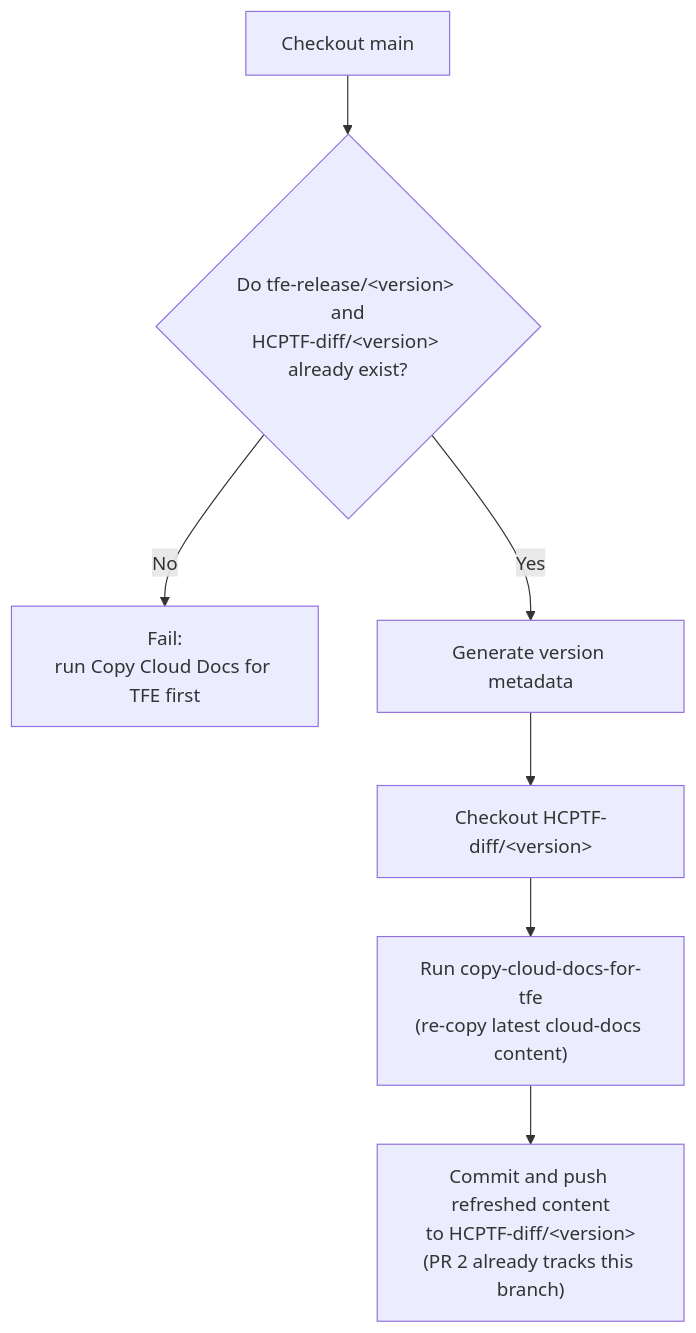
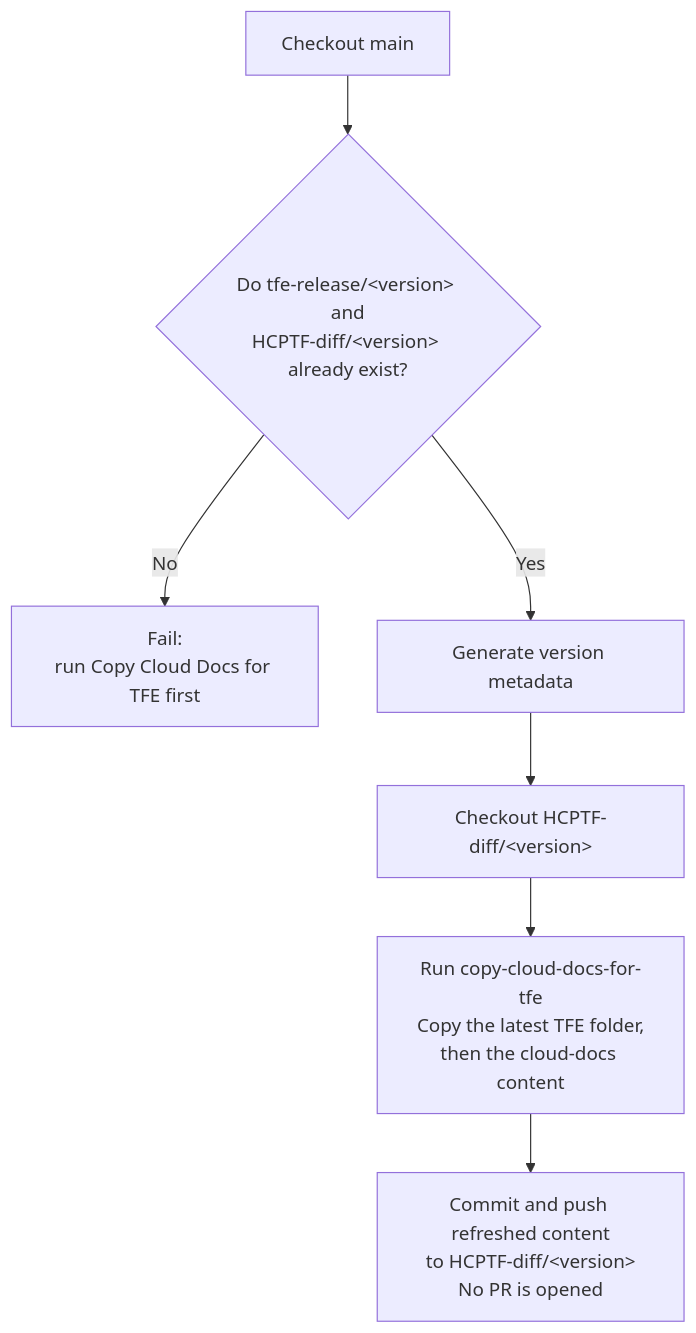
One commit to hashicorp/web-unified-docs changed the third of 7 diagrams in docs/workflows/infrastructure-group/publish-tfe-docs.md. Above: the diagram before and after it, drawn with Mermaid. The commit also changed other lines of this file and 5 other files, not shown here.

````diff
--- a/docs/workflows/infrastructure-group/publish-tfe-docs.md
+++ b/docs/workflows/infrastructure-group/publish-tfe-docs.md
@@ -260,9 +273,9 @@
 ```mermaid
 flowchart TD
     B1["Checkout main"] --> B2{"Do tfe-release/&lt;version&gt; and<br/>HCPTF-diff/&lt;version&gt; already exist?"}
     B2 -->|No| B3["Fail:<br/>run Copy Cloud Docs for TFE first"]
     B2 -->|Yes| B4["Generate version metadata"]
     B4 --> B5["Checkout HCPTF-diff/&lt;version&gt;"]
-    B5 --> B6["Run copy-cloud-docs-for-tfe<br/>(re-copy latest cloud-docs content)"]
-    B6 --> B7["Commit and push refreshed content<br/>to HCPTF-diff/&lt;version&gt;<br/>(PR 2 already tracks this branch)"]
+    B5 --> B6["Run copy-cloud-docs-for-tfe<br/>Copy the latest TFE folder,<br/>then the cloud-docs content"]
+    B6 --> B7["Commit and push refreshed content<br/>to HCPTF-diff/&lt;version&gt;<br/>No PR is opened"]
 ```
````
